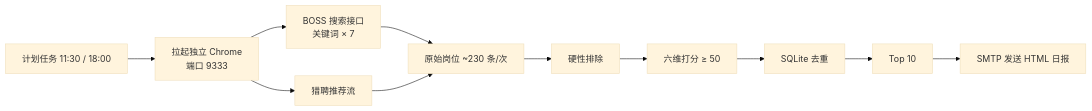
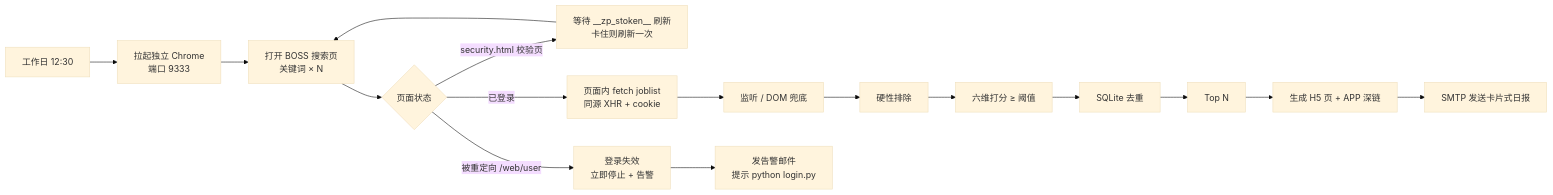
Before and after one commit to jesse0713/job-match-radar: the diagram in README.md, drawn with Mermaid (base theme). The commit also changed other lines of this file and 15 other files, not shown here.

````diff
--- a/README.md
+++ b/README.md
@@ -19,13 +55,18 @@
 ```mermaid
 flowchart LR
-    A[计划任务 11:30 / 18:00] --> B[拉起独立 Chrome<br/>端口 9333]
-    B --> C[BOSS 搜索接口<br/>关键词 × 7]
-    B --> D[猎聘推荐流]
-    C --> E[原始岗位 ~230 条/次]
-    D --> E
-    E --> F[硬性排除]
-    F --> G[六维打分 ≥ 50]
-    G --> H[SQLite 去重]
-    H --> I[Top 10]
-    I --> J[SMTP 发送 HTML 日报]
+    A[工作日 12:30] --> B[拉起独立 Chrome<br/>端口 9333]
+    B --> C[打开 BOSS 搜索页<br/>关键词 × N]
+    C --> D{页面状态}
+    D -->|security.html 校验页| S[等待 __zp_stoken__ 刷新<br/>卡住则刷新一次]
+    S --> C
+    D -->|被重定向 /web/user| E[登录失效<br/>立即停止 + 告警]
+    D -->|已登录| F[页面内 fetch joblist<br/>同源 XHR + cookie]
+    F --> G[监听 / DOM 兜底]
+    G --> H[硬性排除]
+    H --> I[六维打分 ≥ 阈值]
+    I --> J[SQLite 去重]
+    J --> K[Top N]
+    K --> L[生成 H5 页 + APP 深链]
+    L --> M[SMTP 发送卡片式日报]
+    E --> N[发告警邮件<br/>提示 python login.py]
 ```
````
